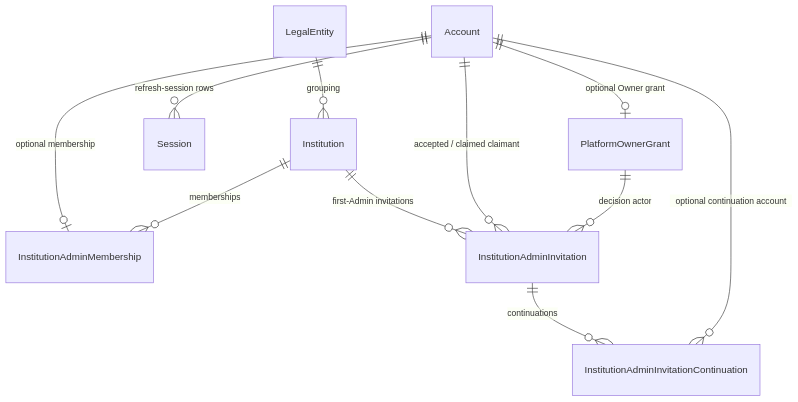
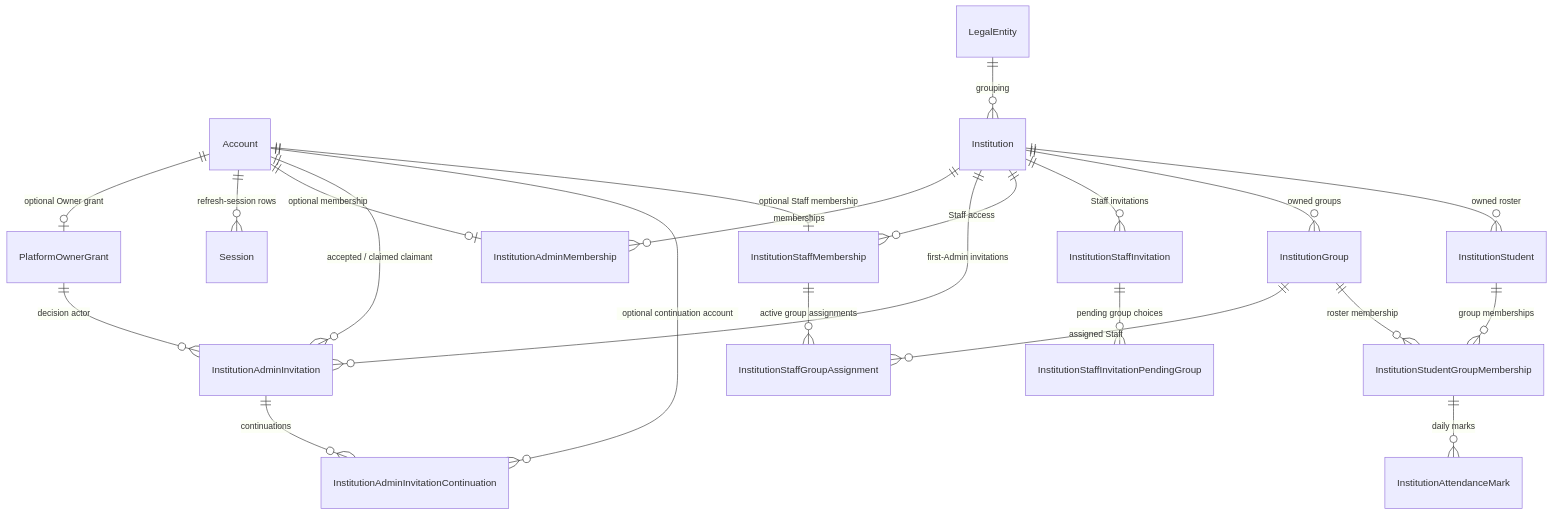
Before and after one commit to anubhav11803451/erp-platform: the diagram in docs/architecture/data-model.md, drawn with Mermaid. The commit also changed other lines of this file and 7 other files, not shown here.

````diff
--- a/docs/architecture/data-model.md
+++ b/docs/architecture/data-model.md
@@ -13,13 +13,24 @@
 ```mermaid
 erDiagram
     Account ||--o| PlatformOwnerGrant : "optional Owner grant"
     Account ||--o{ Session : "refresh-session rows"
     Account ||--o| InstitutionAdminMembership : "optional membership"
     LegalEntity ||--o{ Institution : "grouping"
     Institution ||--o{ InstitutionAdminMembership : "memberships"
     Institution ||--o{ InstitutionAdminInvitation : "first-Admin invitations"
     InstitutionAdminInvitation ||--o{ InstitutionAdminInvitationContinuation : "continuations"
     Account ||--o{ InstitutionAdminInvitation : "accepted / claimed claimant"
     PlatformOwnerGrant ||--o{ InstitutionAdminInvitation : "decision actor"
     Account ||--o{ InstitutionAdminInvitationContinuation : "optional continuation account"
+    Account ||--o| InstitutionStaffMembership : "optional Staff membership"
+    Institution ||--o{ InstitutionStaffMembership : "Staff access"
+    Institution ||--o{ InstitutionStaffInvitation : "Staff invitations"
+    InstitutionStaffInvitation ||--o{ InstitutionStaffInvitationPendingGroup : "pending group choices"
+    InstitutionStaffMembership ||--o{ InstitutionStaffGroupAssignment : "active group assignments"
+    InstitutionGroup ||--o{ InstitutionStaffGroupAssignment : "assigned Staff"
+    Institution ||--o{ InstitutionGroup : "owned groups"
+    Institution ||--o{ InstitutionStudent : "owned roster"
+    InstitutionStudent ||--o{ InstitutionStudentGroupMembership : "group memberships"
+    InstitutionGroup ||--o{ InstitutionStudentGroupMembership : "roster membership"
+    InstitutionStudentGroupMembership ||--o{ InstitutionAttendanceMark : "daily marks"
 ```
````
